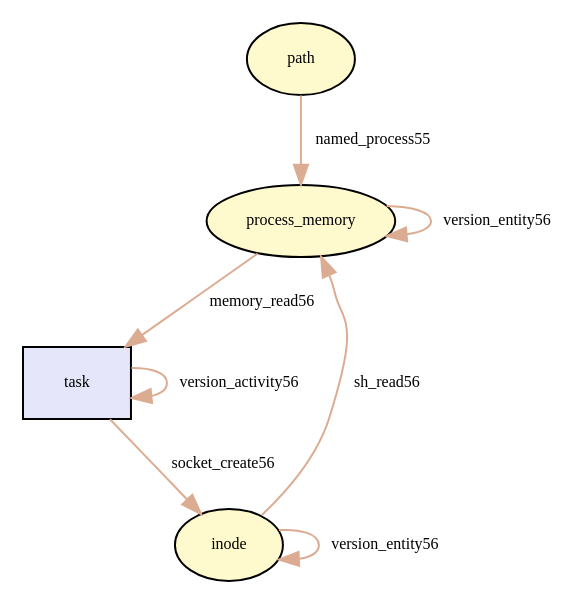
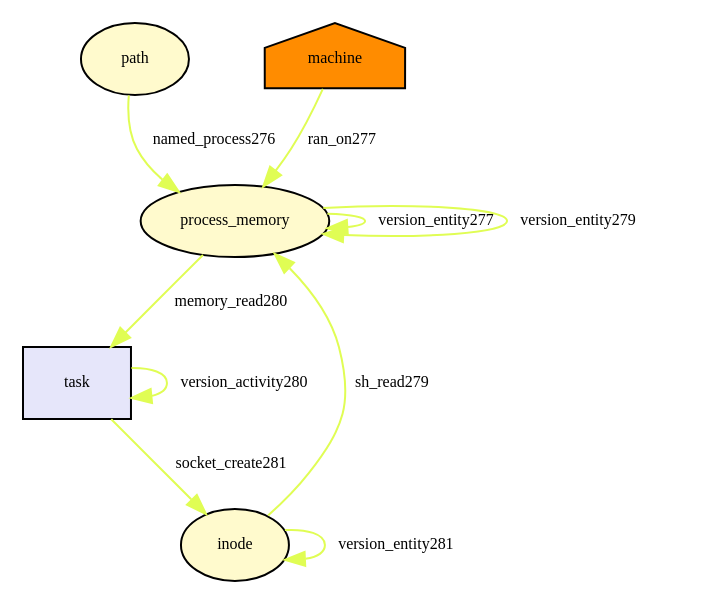
One commit to TinkerBellSystem/graph-matching changed the diagram in tmp/provenance_socket_post_create.dot. Above: the diagram before and after it, drawn with Graphviz. The commit also changed 76 other files, not shown here.

```diff
--- a/tmp/provenance_socket_post_create.dot
+++ b/tmp/provenance_socket_post_create.dot
@@ -1,23 +1,29 @@
 digraph RGL__DirectedAdjacencyGraph {path[fontsize = 8,label = "path",shape = ellipse, fillcolor="#fffacd", style = filled]
 
 process_memory[fontsize = 8,label = "process_memory",shape = ellipse, fillcolor="#fffacd", style = filled]
 
-path -> process_memory[fontsize = 8,label = "named_process55", color="#dcac92"]
+path -> process_memory[fontsize = 8,label = "named_process276", color="#e0fd54"]
 
-process_memory -> process_memory[fontsize = 8,label = "version_entity56", color="#dcac92"]
+process_memory -> process_memory[fontsize = 8,label = "version_entity277", color="#e0fd54"]
+
+machine[fontsize = 8,label = "machine",shape = house, fillcolor="#ff8c00", style = filled]
+
+machine -> process_memory[fontsize = 8,label = "ran_on277", color="#e0fd54"]
+
+process_memory -> process_memory[fontsize = 8,label = "version_entity279", color="#e0fd54"]
 
 inode[fontsize = 8,label = "inode",shape = ellipse, fillcolor="#fffacd", style = filled]
 
-inode -> process_memory[fontsize = 8,label = "sh_read56", color="#dcac92"]
+inode -> process_memory[fontsize = 8,label = "sh_read279", color="#e0fd54"]
 
 task[fontsize = 8,label = "task",shape = rectangle, fillcolor="#e6e6fa", style = filled]
 
-task -> task[fontsize = 8,label = "version_activity56", color="#dcac92"]
+task -> task[fontsize = 8,label = "version_activity280", color="#e0fd54"]
 
-process_memory -> task[fontsize = 8,label = "memory_read56", color="#dcac92"]
+process_memory -> task[fontsize = 8,label = "memory_read280", color="#e0fd54"]
 
-inode -> inode[fontsize = 8,label = "version_entity56", color="#dcac92"]
+inode -> inode[fontsize = 8,label = "version_entity281", color="#e0fd54"]
 
-task -> inode[fontsize = 8,label = "socket_create56", color="#dcac92"]
+task -> inode[fontsize = 8,label = "socket_create281", color="#e0fd54"]
 
 }
```
